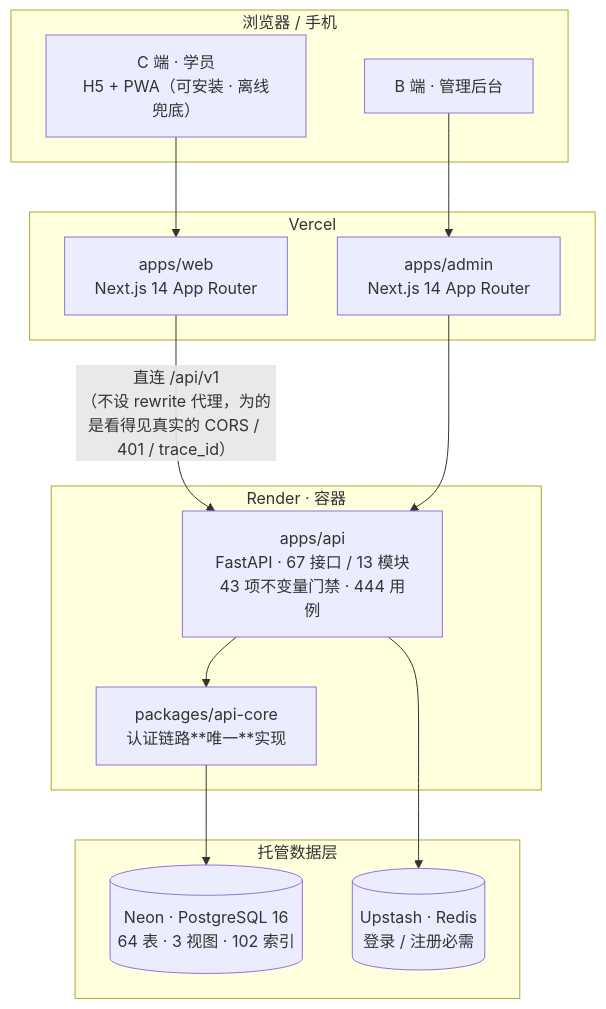
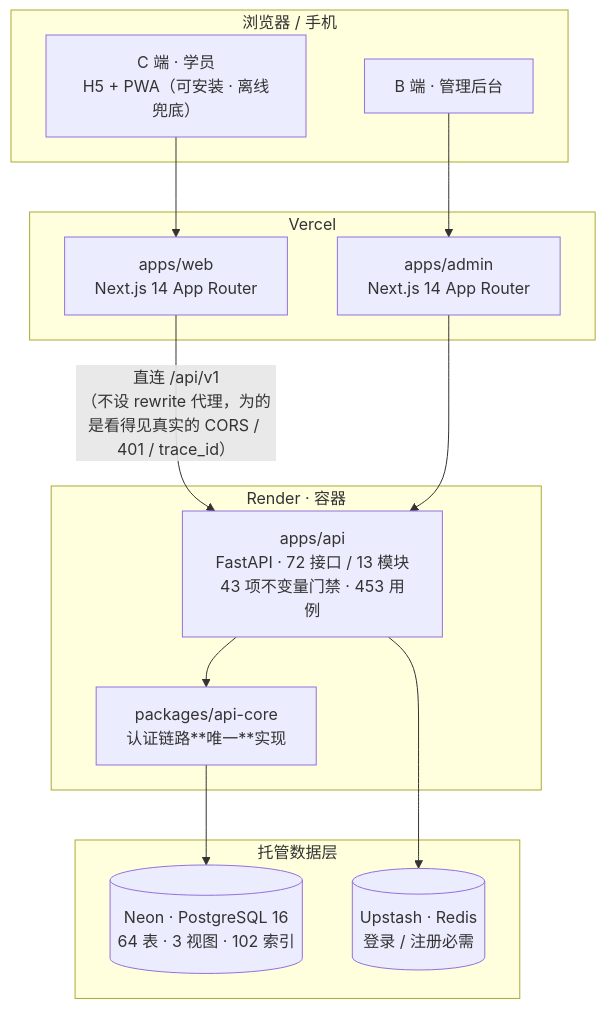
The diagram in README.md (windsleep1/yijian-platform), drawn with Mermaid before and after one commit. The commit also changed other lines of this file and 18 other files, not shown here.

````diff
--- a/README.md
+++ b/README.md
@@ -37,30 +37,30 @@
 ```mermaid
 flowchart TB
     subgraph client["浏览器 / 手机"]
         A["C 端 · 学员<br/>H5 + PWA（可安装 · 离线兜底）"]
         B["B 端 · 管理后台"]
     end
 
     subgraph fe["Vercel"]
         W["apps/web<br/>Next.js 14 App Router"]
         D["apps/admin<br/>Next.js 14 App Router"]
     end
 
     subgraph be["Render · 容器"]
-        API["apps/api<br/>FastAPI · 67 接口 / 13 模块<br/>43 项不变量门禁 · 444 用例"]
+        API["apps/api<br/>FastAPI · 72 接口 / 13 模块<br/>43 项不变量门禁 · 453 用例"]
         CORE["packages/api-core<br/>认证链路**唯一**实现"]
     end
 
     subgraph data["托管数据层"]
         PG[("Neon · PostgreSQL 16<br/>64 表 · 3 视图 · 102 索引")]
         RD[("Upstash · Redis<br/>登录 / 注册必需")]
     end
 
     A --> W
     B --> D
     W -->|"直连 /api/v1<br/>（不设 rewrite 代理，为的是看得见真实的 CORS / 401 / trace_id）"| API
     D --> API
     API --> CORE
     CORE --> PG
     API --> RD
 ```
````
